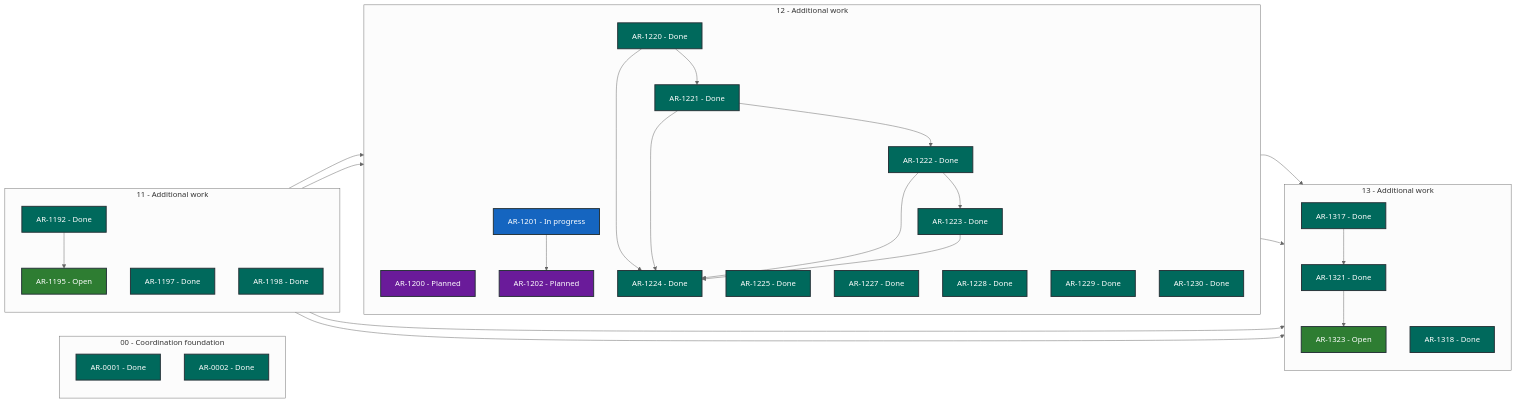
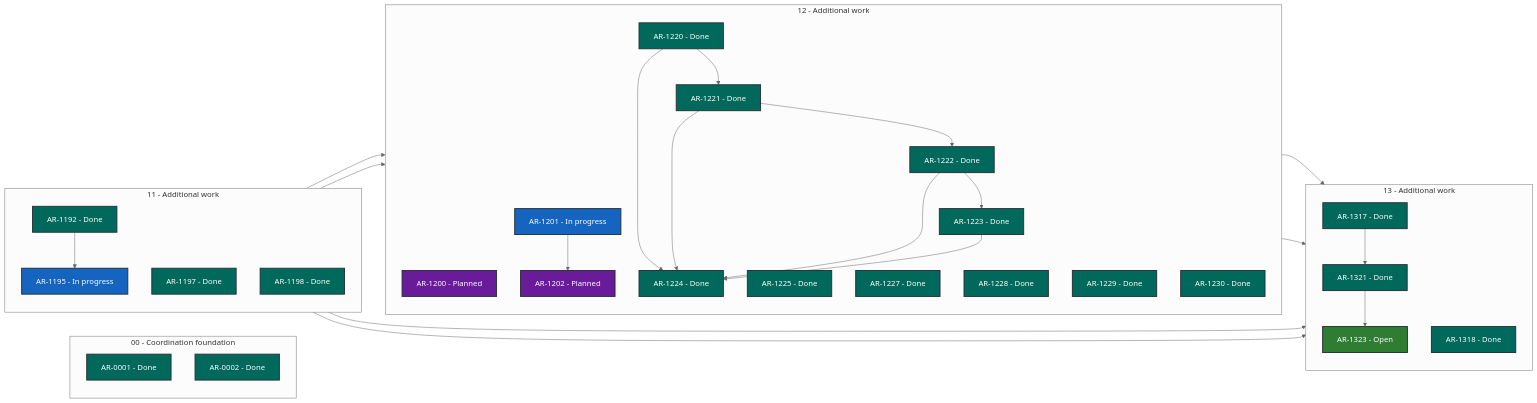
Before and after one commit to martin-beck/asb-tui-state: the diagram in STATUS.md, drawn with Mermaid (neutral theme). The commit also changed other lines of this file and 2 other files, not shown here.

````diff
--- a/STATUS.md
+++ b/STATUS.md
@@ -27,63 +27,63 @@
 ```mermaid
 flowchart LR
     subgraph series_00["00 - Coordination foundation"]
         direction TB
         AR_0001["AR-0001 - Done"]:::status_done
         AR_0002["AR-0002 - Done"]:::status_done
     end
     subgraph series_11["11 - Additional work"]
         direction TB
         AR_1192["AR-1192 - Done"]:::status_done
-        AR_1195["AR-1195 - Open"]:::status_open
+        AR_1195["AR-1195 - In progress"]:::status_in_progress
         AR_1197["AR-1197 - Done"]:::status_done
         AR_1198["AR-1198 - Done"]:::status_done
     end
     subgraph series_12["12 - Additional work"]
         direction TB
         AR_1200["AR-1200 - Planned"]:::status_planned
         AR_1201["AR-1201 - In progress"]:::status_in_progress
         AR_1202["AR-1202 - Planned"]:::status_planned
         AR_1220["AR-1220 - Done"]:::status_done
         AR_1221["AR-1221 - Done"]:::status_done
         AR_1222["AR-1222 - Done"]:::status_done
         AR_1223["AR-1223 - Done"]:::status_done
         AR_1224["AR-1224 - Done"]:::status_done
         AR_1225["AR-1225 - Done"]:::status_done
         AR_1227["AR-1227 - Done"]:::status_done
         AR_1228["AR-1228 - Done"]:::status_done
         AR_1229["AR-1229 - Done"]:::status_done
         AR_1230["AR-1230 - Done"]:::status_done
     end
     subgraph series_13["13 - Additional work"]
         direction TB
         AR_1317["AR-1317 - Done"]:::status_done
         AR_1318["AR-1318 - Done"]:::status_done
         AR_1321["AR-1321 - Done"]:::status_done
         AR_1323["AR-1323 - Open"]:::status_open
     end
     AR_1192 --> AR_1195
     AR_1192 --> AR_1317
     AR_1195 --> AR_1200
     AR_1197 --> AR_1201
     AR_1197 --> AR_1317
     AR_1201 --> AR_1202
     AR_1220 --> AR_1221
     AR_1220 --> AR_1224
     AR_1221 --> AR_1222
     AR_1221 --> AR_1224
     AR_1222 --> AR_1223
     AR_1222 --> AR_1224
     AR_1223 --> AR_1224
     AR_1228 --> AR_1317
     AR_1229 --> AR_1317
     AR_1317 --> AR_1321
     AR_1321 --> AR_1323
     classDef status_in_progress fill:#1565c0,color:#ffffff,stroke:#263238,stroke-width:2px
     classDef status_open fill:#2e7d32,color:#ffffff,stroke:#263238,stroke-width:2px
     classDef status_blocked fill:#c62828,color:#ffffff,stroke:#263238,stroke-width:2px
     classDef status_planned fill:#6a1b9a,color:#ffffff,stroke:#263238,stroke-width:2px
     classDef status_future fill:#455a64,color:#ffffff,stroke:#263238,stroke-width:2px
     classDef status_done fill:#00695c,color:#ffffff,stroke:#263238,stroke-width:2px
     classDef status_cancelled fill:#616161,color:#ffffff,stroke:#263238,stroke-width:2px
     classDef status_superseded fill:#5d4037,color:#ffffff,stroke:#263238,stroke-width:2px
 ```
````
